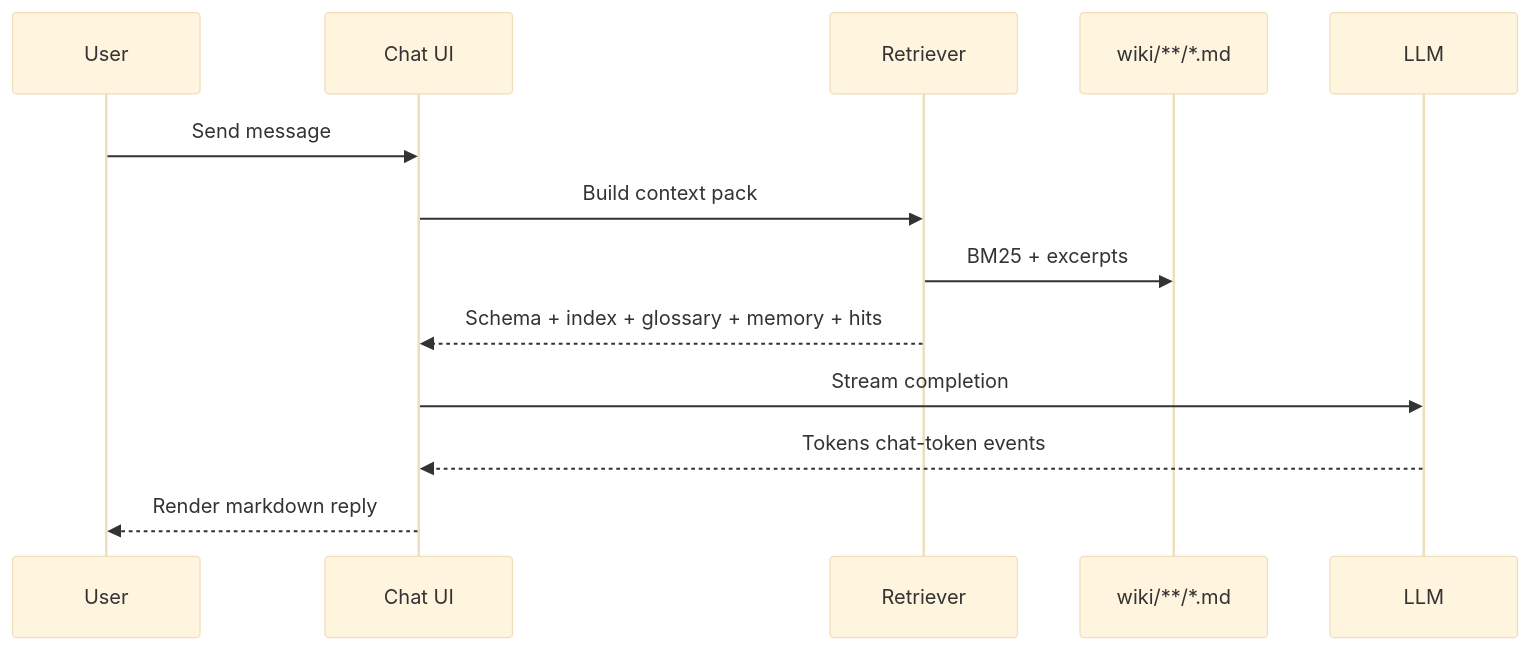
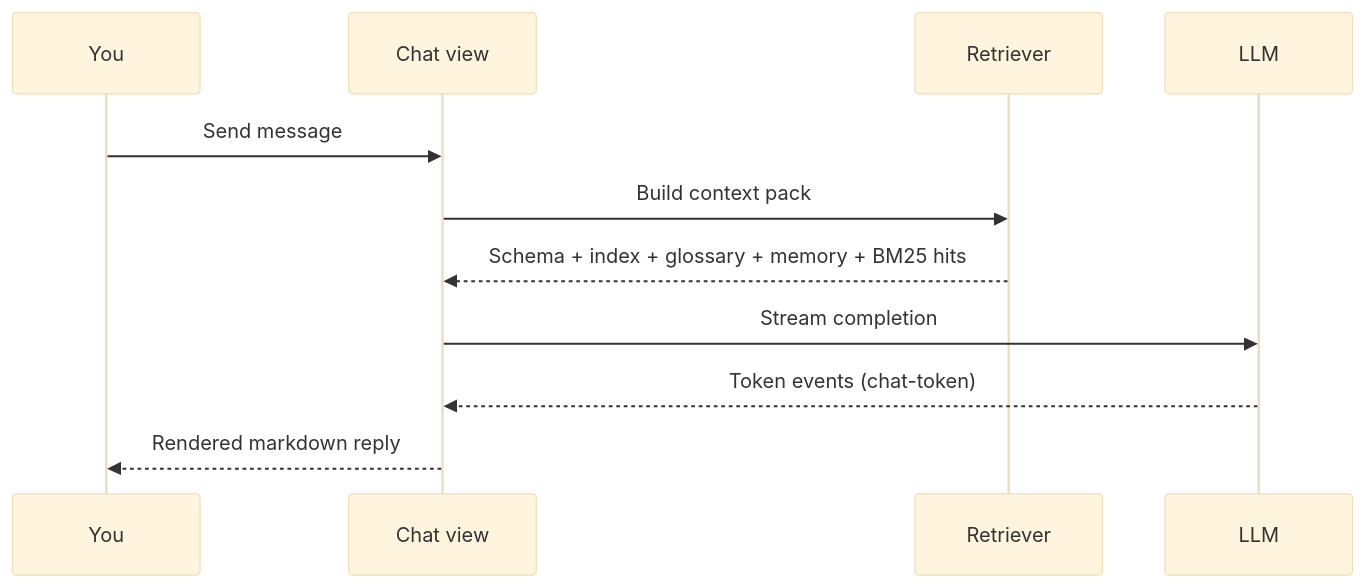
Before and after one commit to vampokala/Second-Brain-App-Lite: the third of 3 diagrams in README.md, drawn with Mermaid (base theme). The commit also changed other lines of this file, not shown here.

````diff
--- a/README.md
+++ b/README.md
@@ -130,15 +107,14 @@
 ```mermaid
 sequenceDiagram
-  participant U as User
-  participant UI as Chat UI
+  participant U as You
+  participant UI as Chat view
   participant R as Retriever
-  participant W as wiki/**/*.md
   participant L as LLM
+
   U->>UI: Send message
   UI->>R: Build context pack
-  R->>W: BM25 + excerpts
-  R-->>UI: Schema + index + glossary + memory + hits
+  R-->>UI: Schema + index + glossary + memory + BM25 hits
   UI->>L: Stream completion
-  L-->>UI: Tokens chat-token events
-  UI-->>U: Render markdown reply
+  L-->>UI: Token events (chat-token)
+  UI-->>U: Rendered markdown reply
 ```
````
